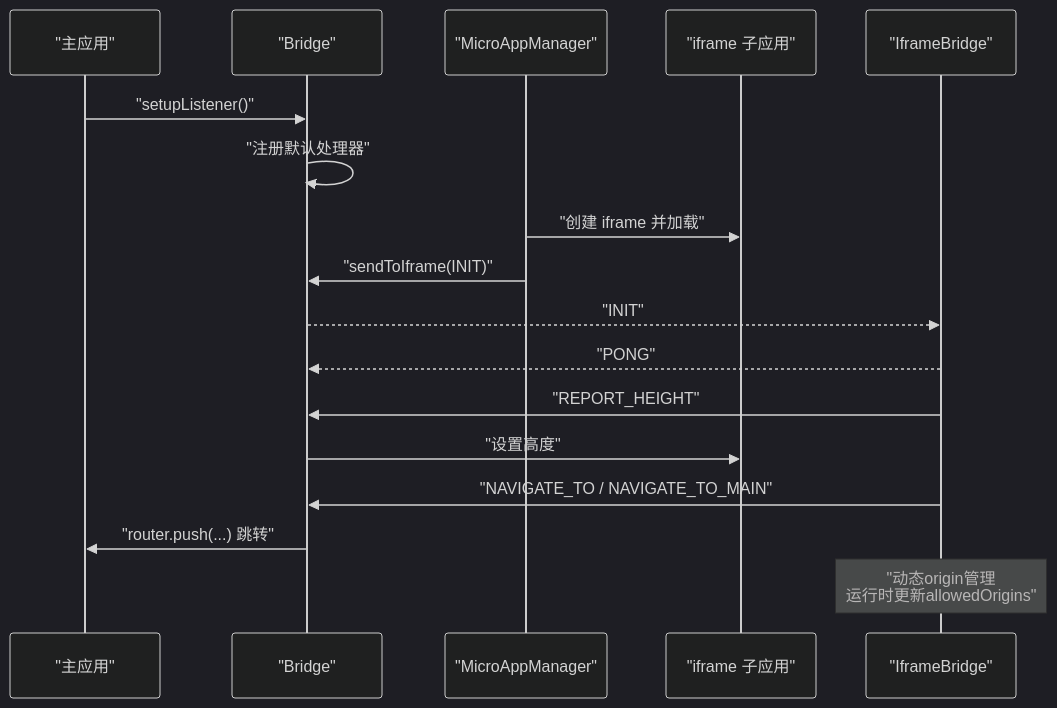
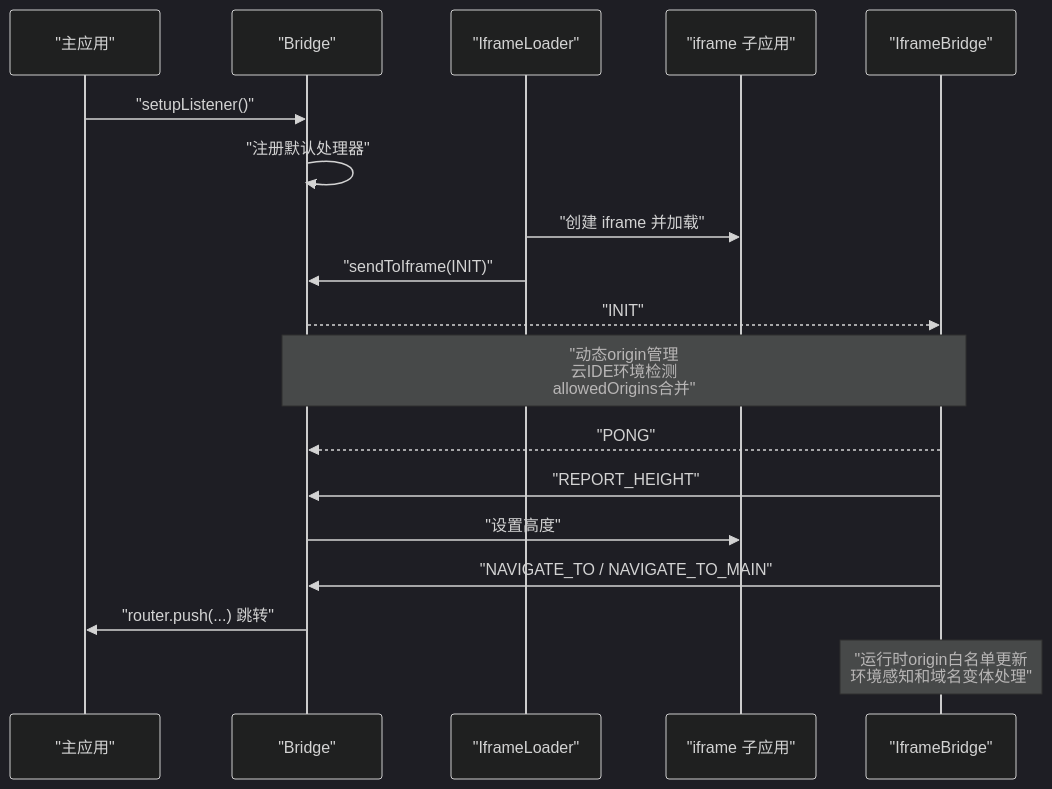
Before and after one commit to my-Sitara/artisan-base-frontend: the second of 9 diagrams in .qoder/repowiki/zh/content/架构设计/通信架构.md, drawn with Mermaid (dark theme). The commit also changed other lines of this file and 25 other files, not shown here.

````diff
--- a/.qoder/repowiki/zh/content/架构设计/通信架构.md
+++ b/.qoder/repowiki/zh/content/架构设计/通信架构.md
@@ -99,19 +114,20 @@
 ```mermaid
 sequenceDiagram
 participant Main as "主应用"
 participant Bridge as "Bridge"
-participant Manager as "MicroAppManager"
+participant IframeLoader as "IframeLoader"
 participant Iframe as "iframe 子应用"
 participant IframeBridge as "IframeBridge"
 Main->>Bridge : "setupListener()"
 Bridge->>Bridge : "注册默认处理器"
-Manager->>Iframe : "创建 iframe 并加载"
-Manager->>Bridge : "sendToIframe(INIT)"
+IframeLoader->>Iframe : "创建 iframe 并加载"
+IframeLoader->>Bridge : "sendToIframe(INIT)"
 Bridge-->>IframeBridge : "INIT"
+Note over Bridge,IframeBridge : "动态origin管理<br/>云IDE环境检测<br/>allowedOrigins合并"
 IframeBridge-->>Bridge : "PONG"
 IframeBridge->>Bridge : "REPORT_HEIGHT"
 Bridge->>Iframe : "设置高度"
 IframeBridge->>Bridge : "NAVIGATE_TO / NAVIGATE_TO_MAIN"
 Bridge->>Main : "router.push(...) 跳转"
-Note over IframeBridge : "动态origin管理<br/>运行时更新allowedOrigins"
+Note over IframeBridge : "运行时origin白名单更新<br/>环境感知和域名变体处理"
 ```
````
